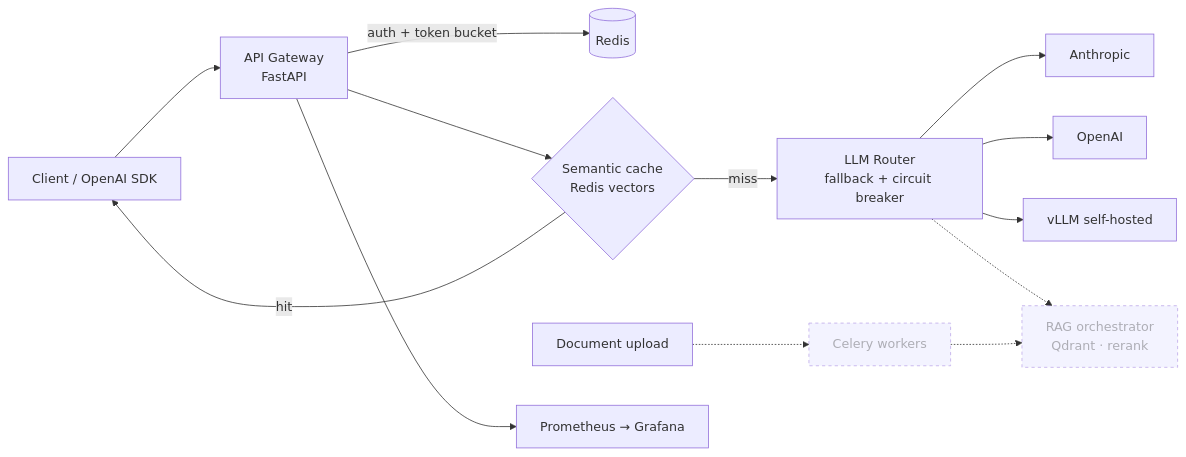
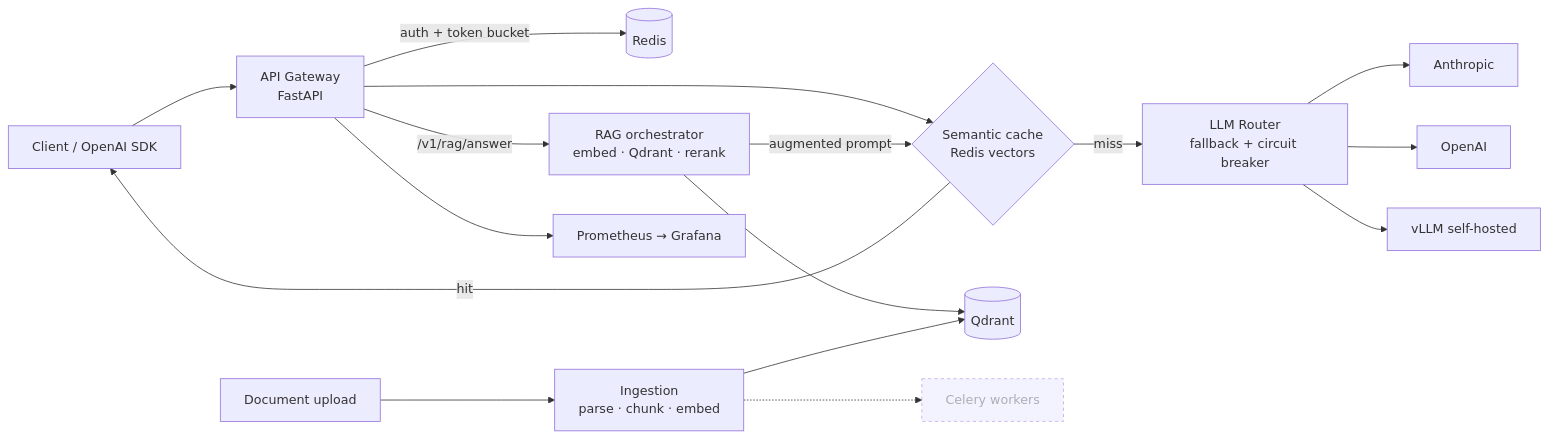
The diagram in README.md (ardhendudebnath/llm-gateway-rag), drawn with Mermaid before and after one commit. The commit also changed other lines of this file and 52 other files, not shown here.

````diff
--- a/README.md
+++ b/README.md
@@ -7,15 +7,18 @@
 ```mermaid
 flowchart LR
     C[Client / OpenAI SDK] --> G[API Gateway<br/>FastAPI]
     G -->|auth + token bucket| R[(Redis)]
     G --> SC{Semantic cache<br/>Redis vectors}
     SC -- hit --> C
     SC -- miss --> RT[LLM Router<br/>fallback + circuit breaker]
     RT --> A[Anthropic]
     RT --> O[OpenAI]
     RT --> V[vLLM self-hosted]
-    RT -.-> RAG[RAG orchestrator<br/>Qdrant · rerank]:::todo
-    U[Document upload] -.-> Q[Celery workers]:::todo -.-> RAG
+    G -->|/v1/rag/answer| RAG[RAG orchestrator<br/>embed · Qdrant · rerank]
+    RAG --> QD[(Qdrant)]
+    RAG -->|augmented prompt| SC
+    U[Document upload] --> ING[Ingestion<br/>parse · chunk · embed] --> QD
+    ING -.-> Q[Celery workers]:::todo
     G --> P[Prometheus → Grafana]
     classDef todo stroke-dasharray: 4 4,opacity:0.6
 ```
````
